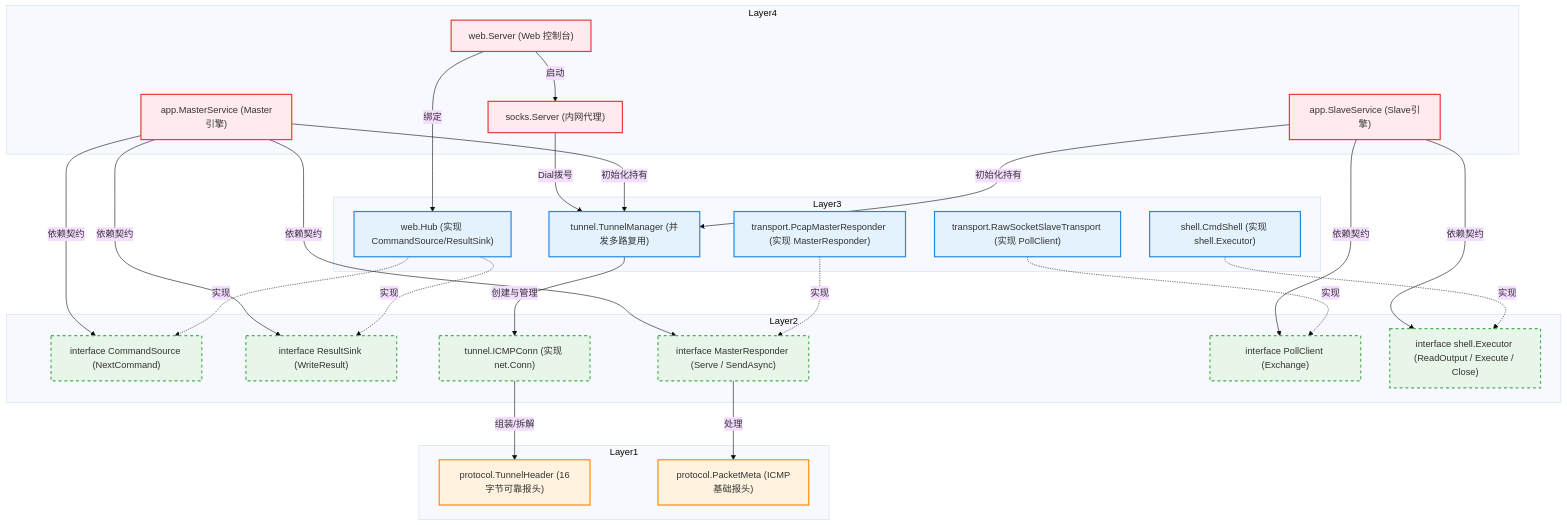
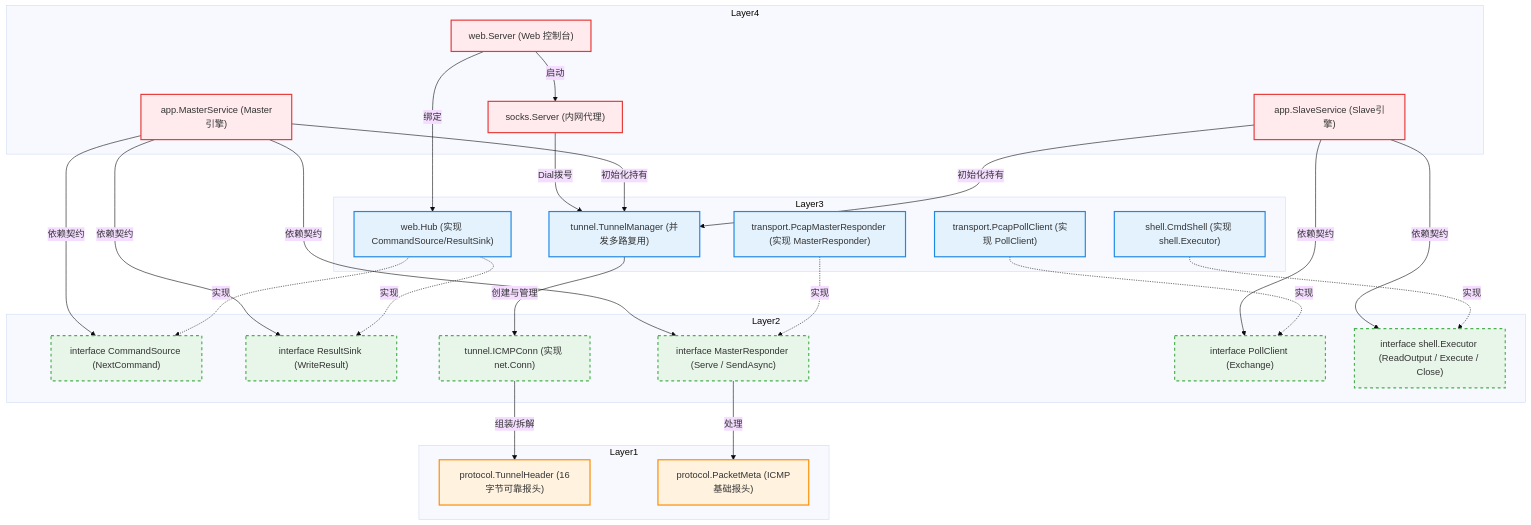
The diagram in icmp/docs/struct_relations.md (medasz/protocol), drawn with Mermaid (base theme) before and after one commit. The commit also changed other lines of this file and 4 other files, not shown here.

Commit message:
docs: add architecture and design documentation for ICMP protocol implementation

````diff
--- a/icmp/docs/struct_relations.md
+++ b/icmp/docs/struct_relations.md
@@ -35,7 +35,7 @@
         WebHub["web.Hub (实现 CommandSource/ResultSink)"]
         TunnelM["tunnel.TunnelManager (并发多路复用)"]
         PcapTrans["transport.PcapMasterResponder (实现 MasterResponder)"]
-        RawTrans["transport.RawSocketSlaveTransport (实现 PollClient)"]
+        PcapTransSlave["transport.PcapPollClient (实现 PollClient)"]
         CmdShell["shell.CmdShell (实现 shell.Executor)"]
     end
 
@@ -81,7 +81,7 @@
     WebHub -.->|实现| CmdInt
     WebHub -.->|实现| ResInt
     PcapTrans -.->|实现| TransMasterInt
-    RawTrans -.->|实现| TransSlaveInt
+    PcapTransSlave -.->|实现| TransSlaveInt
     CmdShell -.->|实现| ExecInt
 
     %% L2 依赖 L1 数据包
@@ -90,7 +90,7 @@
 
     %% 赋予颜色
     class MasterSrv,SlaveSrv,WebServer,SocksSrv l4;
-    class TunnelM,WebHub,CmdShell,PcapTrans,RawTrans l3;
+    class TunnelM,WebHub,CmdShell,PcapTrans,PcapTransSlave l3;
     class ICMPConn,CmdInt,ResInt,ExecInt,TransMasterInt,TransSlaveInt l2;
     class THeader,PMeta l1;
 ```
````
